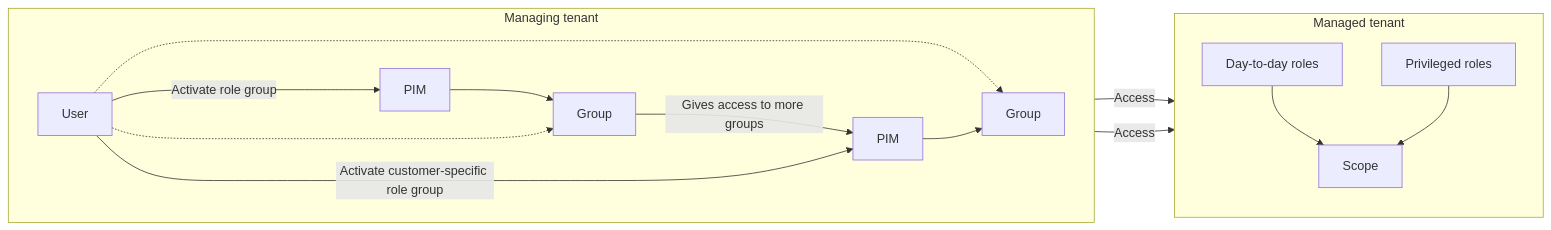
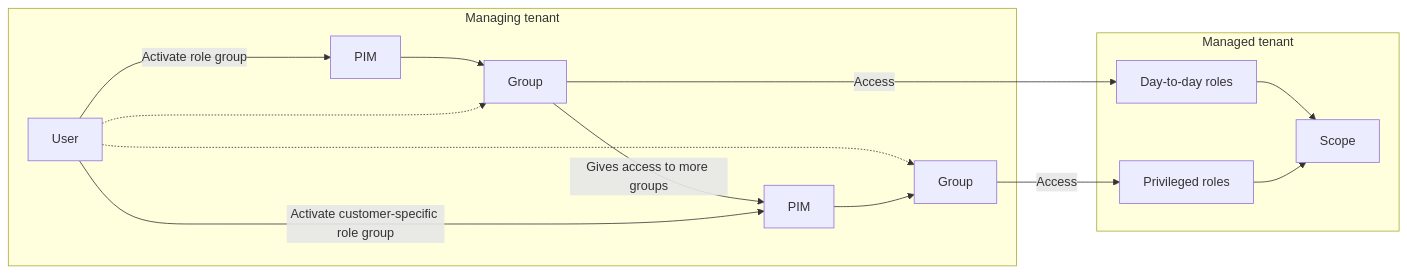
One commit to lnfernux/lnfernux.github.io changed the seventh of 7 diagrams in _posts/2022-11-08-AzureLighthouse-MSSPAccess.md. Above: the diagram before and after it, drawn with Mermaid. The commit also changed other lines of this file, not shown here.

````diff
--- a/_posts/2022-11-08-AzureLighthouse-MSSPAccess.md
+++ b/_posts/2022-11-08-AzureLighthouse-MSSPAccess.md
@@ -253,22 +250,20 @@
 ```mermaid
 graph LR
     subgraph "Managing tenant" 
-    direction LR
     u[User] --> |Activate role group|p[PIM]
     p --> g
     u -...->  g[Group]
     g --> |Gives access to more groups| p2[PIM]
     u --> |Activate customer-specific role group| p2
     u -.-> g2[Group]
     p2 --> g2
     end
     subgraph "Managed tenant"
-    direction TB
     r[Day-to-day roles] 
     rp[Privileged roles]
     r --> s[Scope]
     rp --> s[Scope]
     end
     g --> |Access|r
     g2 --> |Access|rp
 ```
````
